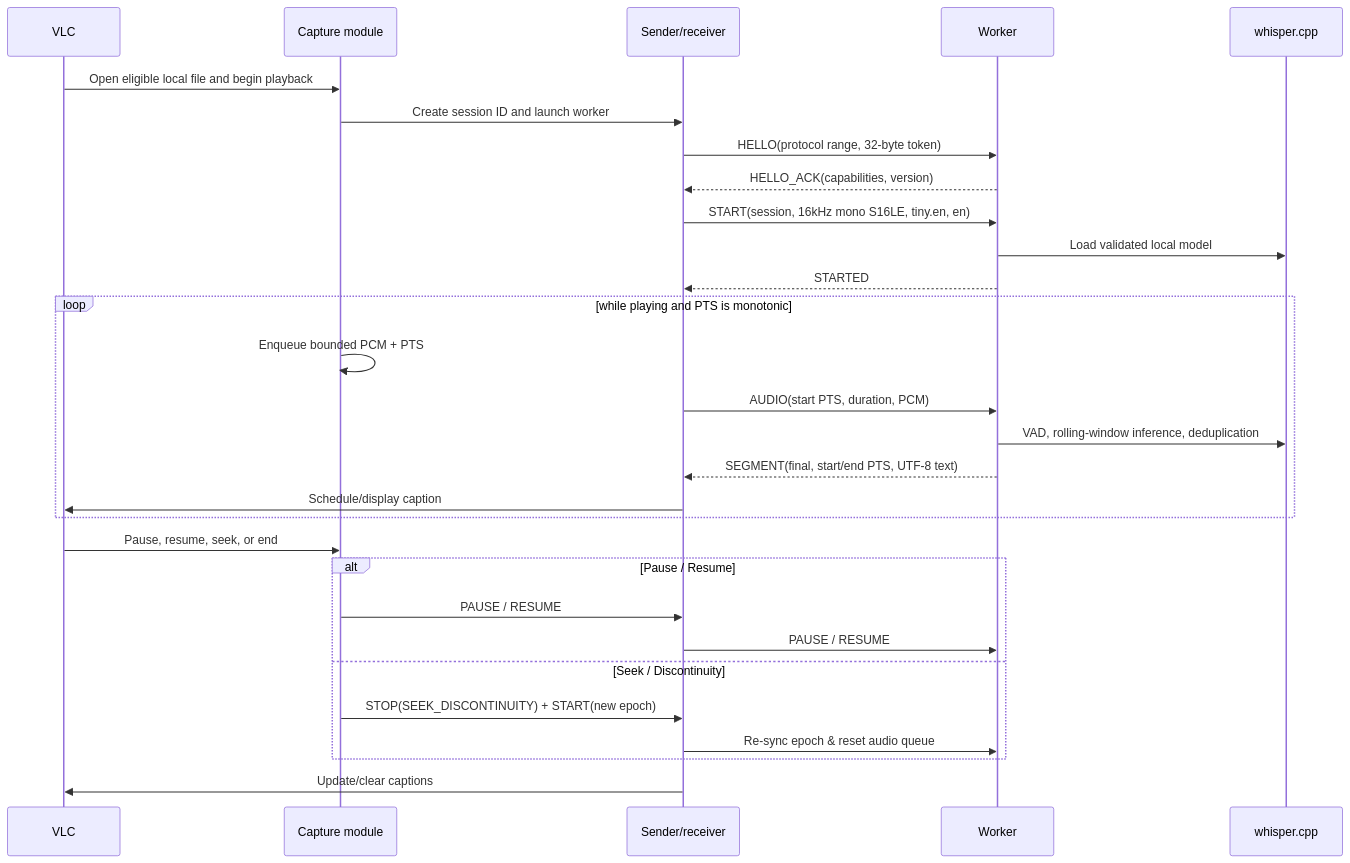
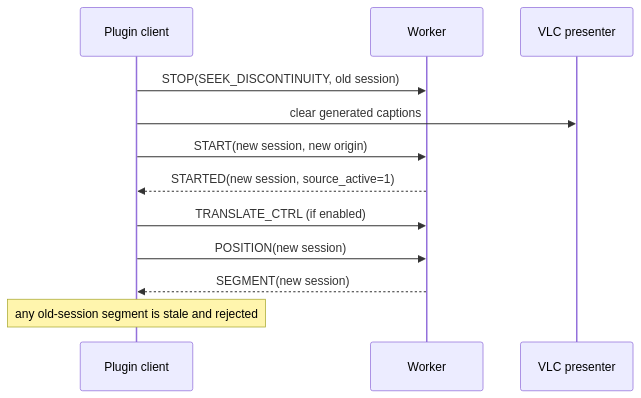
One commit to rzv04/vlc-whisper changed the third of 4 diagrams in docs/diagrams.md. Above: the diagram before and after it, drawn with Mermaid. The commit also changed other lines of this file and 12 other files, not shown here.

````diff
--- a/docs/diagrams.md
+++ b/docs/diagrams.md
@@ -71,32 +42,15 @@
 ```mermaid
 sequenceDiagram
-    participant VLC as VLC
-    participant CAP as Capture module
-    participant IPC as Sender/receiver
+    participant P as Plugin client
     participant W as Worker
-    participant WH as whisper.cpp
+    participant V as VLC presenter
 
-    VLC->>CAP: Open eligible local file and begin playback
-    CAP->>IPC: Create session ID and launch worker
-    IPC->>W: HELLO(protocol range, 32-byte token)
-    W-->>IPC: HELLO_ACK(capabilities, version)
-    IPC->>W: START(session, 16kHz mono S16LE, tiny.en, en)
-    W->>WH: Load validated local model
-    W-->>IPC: STARTED
-    loop while playing and PTS is monotonic
-        CAP->>CAP: Enqueue bounded PCM + PTS
-        IPC->>W: AUDIO(start PTS, duration, PCM)
-        W->>WH: VAD, rolling-window inference, deduplication
-        W-->>IPC: SEGMENT(final, start/end PTS, UTF-8 text)
-        IPC->>VLC: Schedule/display caption
-    end
-    VLC->>CAP: Pause, resume, seek, or end
-    alt Pause / Resume
-        CAP->>IPC: PAUSE / RESUME
-        IPC->>W: PAUSE / RESUME
-    else Seek / Discontinuity
-        CAP->>IPC: STOP(SEEK_DISCONTINUITY) + START(new epoch)
-        IPC->>W: Re-sync epoch & reset audio queue
-    end
-    IPC->>VLC: Update/clear captions
+    P->>W: STOP(SEEK_DISCONTINUITY, old session)
+    P->>V: clear generated captions
+    P->>W: START(new session, new origin)
+    W-->>P: STARTED(new session, source_active=1)
+    P->>W: TRANSLATE_CTRL (if enabled)
+    P->>W: POSITION(new session)
+    W-->>P: SEGMENT(new session)
+    Note over P: any old-session segment is stale and rejected
 ```
````
